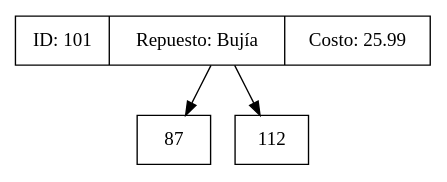
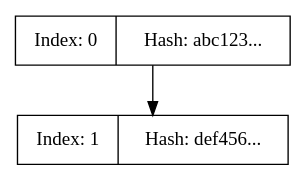
The sixth of 7 diagrams in Phase3/docs/dev_manual.md (marcosbondel/EDD_1S2025_202202410), drawn with Graphviz before and after one commit. The commit also changed other lines of this file, not shown here.

````diff
--- a/Phase3/docs/dev_manual.md
+++ b/Phase3/docs/dev_manual.md
@@ -135,8 +169,8 @@
 ```dot
-digraph AVL {
+digraph Blockchain {
     node [shape=record];
-    "101" [label="ID: 101|Repuesto: Bujía|Costo: 25.99"];
-    "101" -> "87";
-    "101" -> "112";
+    "Bloque 0" [label="Index: 0|Hash: abc123..."];
+    "Bloque 1" [label="Index: 1|Hash: def456..."];
+    "Bloque 0" -> "Bloque 1";
 }
 ```
````
